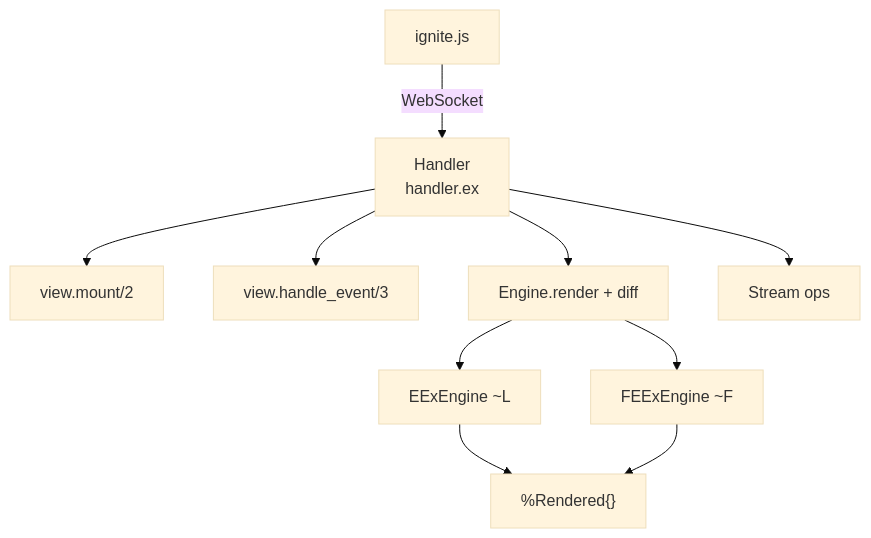
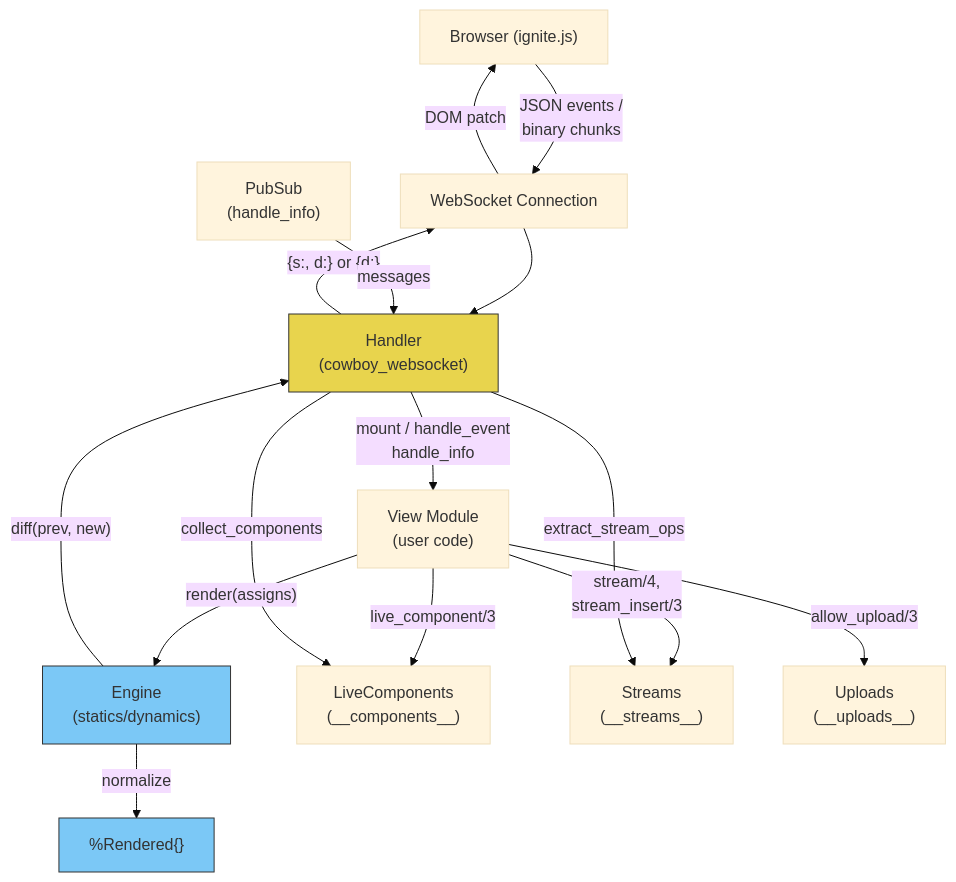
The diagram in course/modules/04-liveview.md (rajeshpillai/elixir-byowf), drawn with Mermaid (base theme) before and after one commit. The commit also changed other lines of this file and 26 other files, not shown here.

````diff
--- a/course/modules/04-liveview.md
+++ b/course/modules/04-liveview.md
@@ -28,13 +25,34 @@
 ```mermaid
 graph TD
-    Browser["ignite.js"] -->|WebSocket| Handler["Handler<br/>handler.ex"]
-    Handler --> Mount["view.mount/2"]
-    Handler --> Event["view.handle_event/3"]
-    Handler --> Engine["Engine.render + diff"]
-    Handler --> Streams["Stream ops"]
-    Engine --> EEx["EExEngine ~L"]
-    Engine --> FEEx["FEExEngine ~F"]
-    EEx --> Rendered["%Rendered{}"]
-    FEEx --> Rendered
-    click Browser "?page=modules/09-frontend-js.md" "Frontend JS"
+    Browser["Browser (ignite.js)"]
+    WS["WebSocket Connection"]
+    Handler["Handler<br/>(cowboy_websocket)"]
+    ViewModule["View Module<br/>(user code)"]
+    Engine["Engine<br/>(statics/dynamics)"]
+    Rendered["%Rendered{}"]
+    Components["LiveComponents<br/>(__components__)"]
+    Streams["Streams<br/>(__streams__)"]
+    Uploads["Uploads<br/>(__uploads__)"]
+    PubSub["PubSub<br/>(handle_info)"]
+
+    Browser -- "JSON events /<br/>binary chunks" --> WS
+    WS --> Handler
+    Handler -- "mount / handle_event<br/>handle_info" --> ViewModule
+    ViewModule -- "render(assigns)" --> Engine
+    Engine -- "normalize" --> Rendered
+    Engine -- "diff(prev, new)" --> Handler
+    Handler -- "{s:, d:} or {d:}" --> WS
+    WS -- "DOM patch" --> Browser
+
+    ViewModule -- "live_component/3" --> Components
+    ViewModule -- "stream/4,<br/>stream_insert/3" --> Streams
+    ViewModule -- "allow_upload/3" --> Uploads
+    PubSub -- "messages" --> Handler
+
+    Handler -- "extract_stream_ops" --> Streams
+    Handler -- "collect_components" --> Components
+
+    style Handler fill:#e8d44d,stroke:#333
+    style Engine fill:#7bc8f6,stroke:#333
+    style Rendered fill:#7bc8f6,stroke:#333
 ```
````
